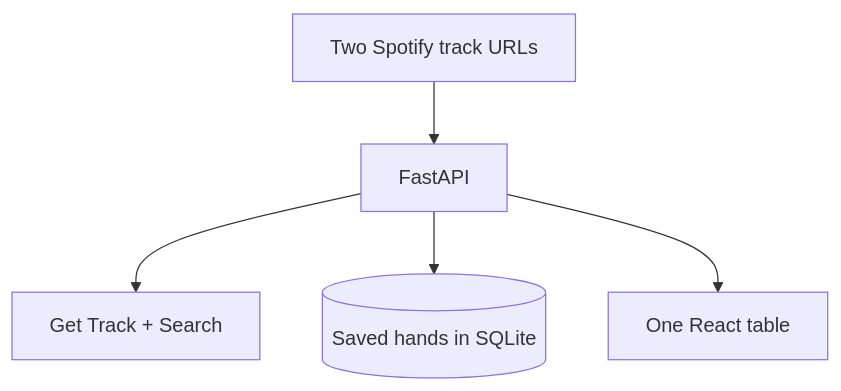
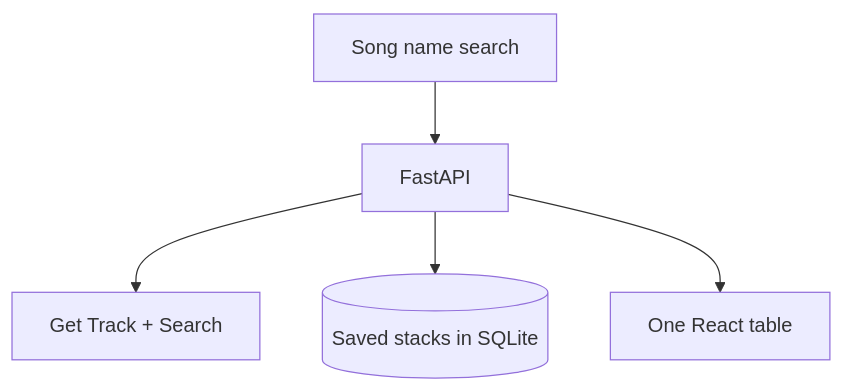
The diagram in README.md (jols11/dealt-spotify), drawn with Mermaid before and after one commit. The commit also changed other lines of this file and 16 other files, not shown here.

````diff
--- a/README.md
+++ b/README.md
@@ -20,7 +39,7 @@
 ```mermaid
 flowchart TD
-  Links[Two Spotify track URLs] --> API[FastAPI]
+  Search[Song name search] --> API[FastAPI]
   API --> Spotify[Get Track + Search]
-  API --> Hands[(Saved hands in SQLite)]
+  API --> Hands[(Saved stacks in SQLite)]
   API --> UI[One React table]
 ```
````
